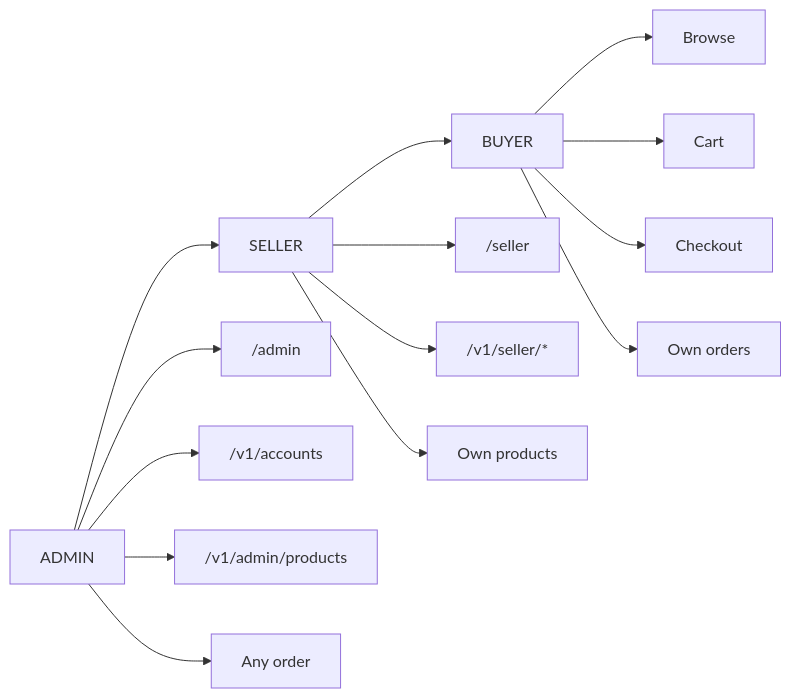
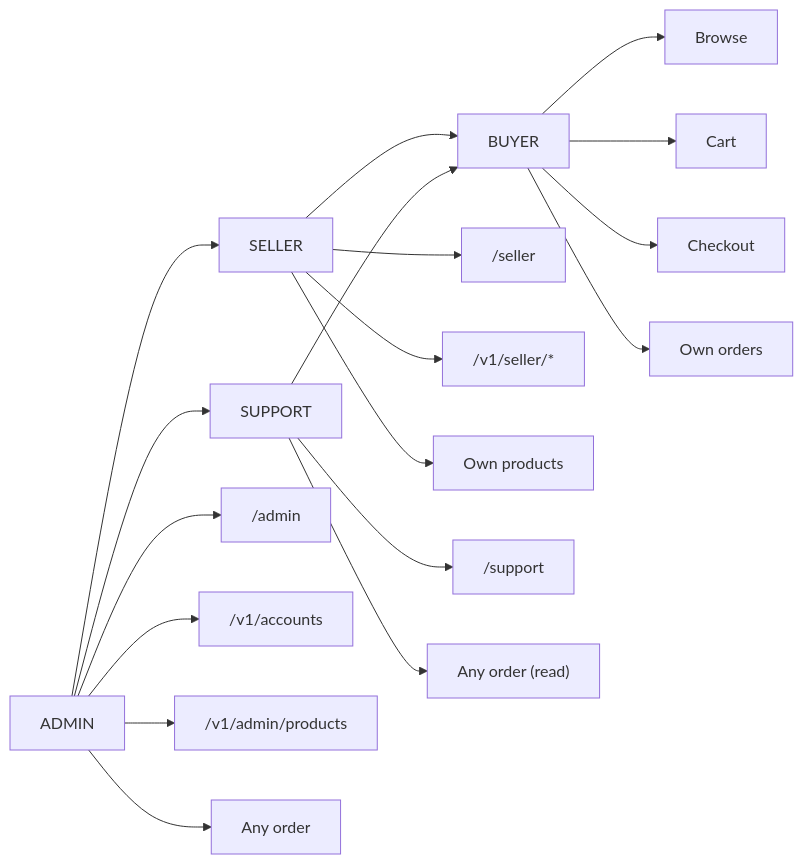
One commit to Quan-Trancs/ecommerce changed the second of 7 diagrams in ROLES.md. Above: the diagram before and after it, drawn with Mermaid. The commit also changed other lines of this file and 21 other files, not shown here.

First line of the commit message:
Add SUPPORT role for customer-service order assist (v1.3.4).

````diff
--- a/ROLES.md
+++ b/ROLES.md
@@ -62,18 +63,23 @@
 ```mermaid
 flowchart LR
   BUYER --> Browse
   BUYER --> Cart
   BUYER --> Checkout
   BUYER --> OwnOrders["Own orders"]
 
   SELLER --> BUYER
   SELLER --> SellerDash["/seller"]
   SELLER --> SellerAPI["/v1/seller/*"]
   SELLER --> OwnListings["Own products"]
 
+  SUPPORT --> BUYER
+  SUPPORT --> SupportUI["/support"]
+  SUPPORT --> AnyOrderView["Any order (read)"]
+
   ADMIN --> SELLER
+  ADMIN --> SUPPORT
   ADMIN --> AdminUI["/admin"]
   ADMIN --> AccountsAPI["/v1/accounts"]
   ADMIN --> AdminProducts["/v1/admin/products"]
   ADMIN --> AnyOrder["Any order"]
 ```
````
